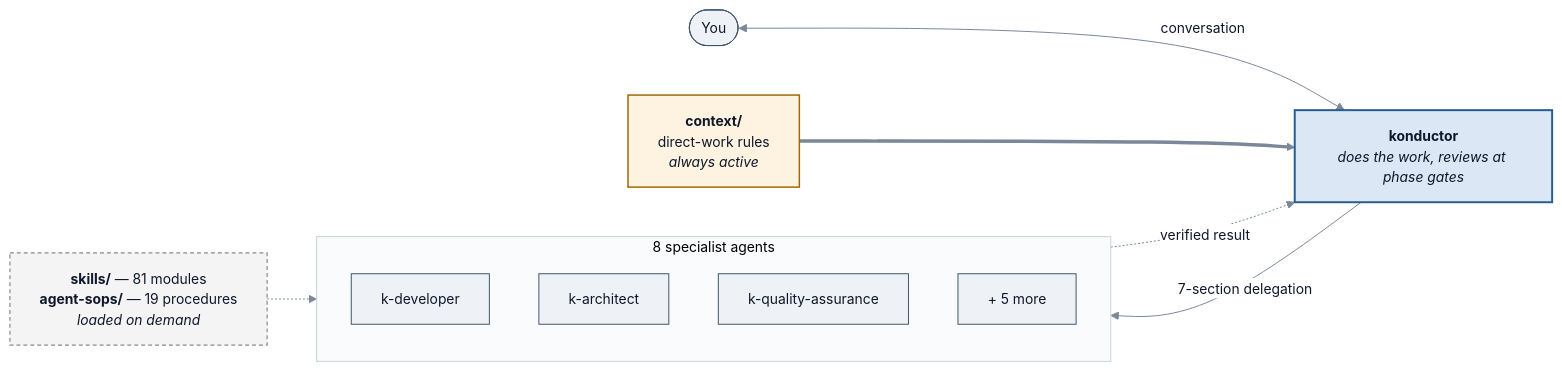
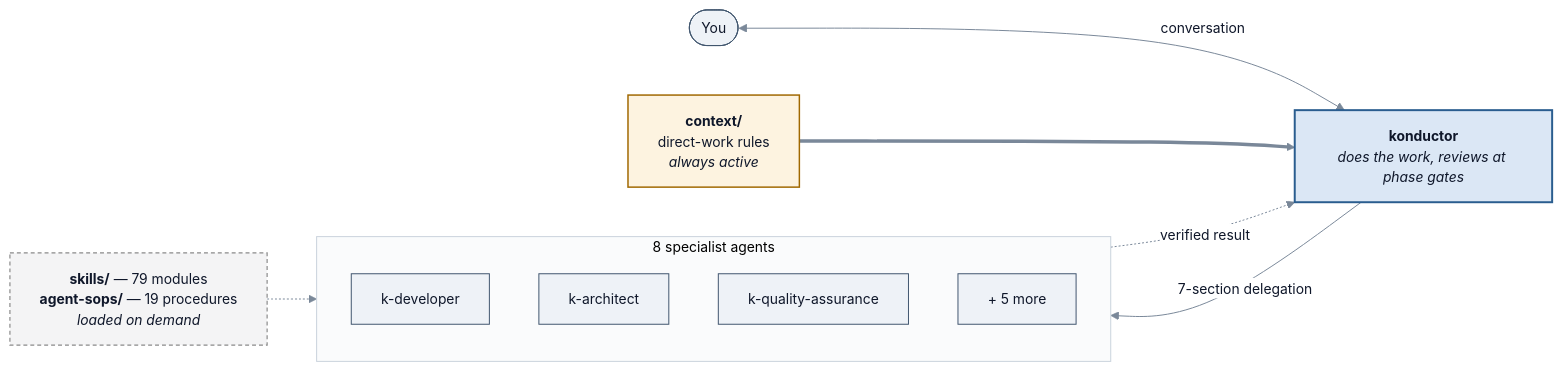
Before and after one commit to aws-solutions/konductor: the diagram in docs/user-guide/concepts.md, drawn with Mermaid. The commit also changed other lines of this file and 23 other files, not shown here.

````diff
--- a/docs/user-guide/concepts.md
+++ b/docs/user-guide/concepts.md
@@ -251,25 +251,25 @@
 ```mermaid
 %%{init:{'theme':'base','themeVariables':{'fontSize':'14px','primaryColor':'#eef2f7','primaryTextColor':'#0f172a','primaryBorderColor':'#40556e','lineColor':'#7a8899','textColor':'#0f172a','edgeLabelBackground':'#ffffff','clusterBkg':'#fafbfc','clusterBorder':'#c9d2dc'}}}%%
 flowchart LR
     User(["You"])
     Ctx["<b>context/</b><br/>direct-work rules<br/><i>always active</i>"]:::gate
     Orch["<b>konductor</b><br/><i>does the work, reviews at phase gates</i>"]:::focus
-    Store["<b>skills/</b> — 81 modules<br/><b>agent-sops/</b> — 19 procedures<br/><i>loaded on demand</i>"]:::muted
+    Store["<b>skills/</b> — 79 modules<br/><b>agent-sops/</b> — 19 procedures<br/><i>loaded on demand</i>"]:::muted
 
     subgraph Specialists["8 specialist agents"]
         Dev["k-developer"]
         Arch["k-architect"]
         QA["k-quality-assurance"]
         Other["+ 5 more"]
     end
 
     User <-->|"conversation"| Orch
     Ctx ==> Orch
     Orch -->|"7-section delegation"| Specialists
     Specialists -.->|"verified result"| Orch
     Store -.-> Specialists
 
     classDef focus fill:#dbe7f5,stroke:#2a5d8f,stroke-width:2px,color:#0f172a;
     classDef gate fill:#fdf3e0,stroke:#a06800,stroke-width:1.5px,color:#0f172a;
     classDef muted fill:#f4f4f5,stroke:#8a8a8a,stroke-width:1.2px,color:#0f172a,stroke-dasharray:4 3;
 ```
````
